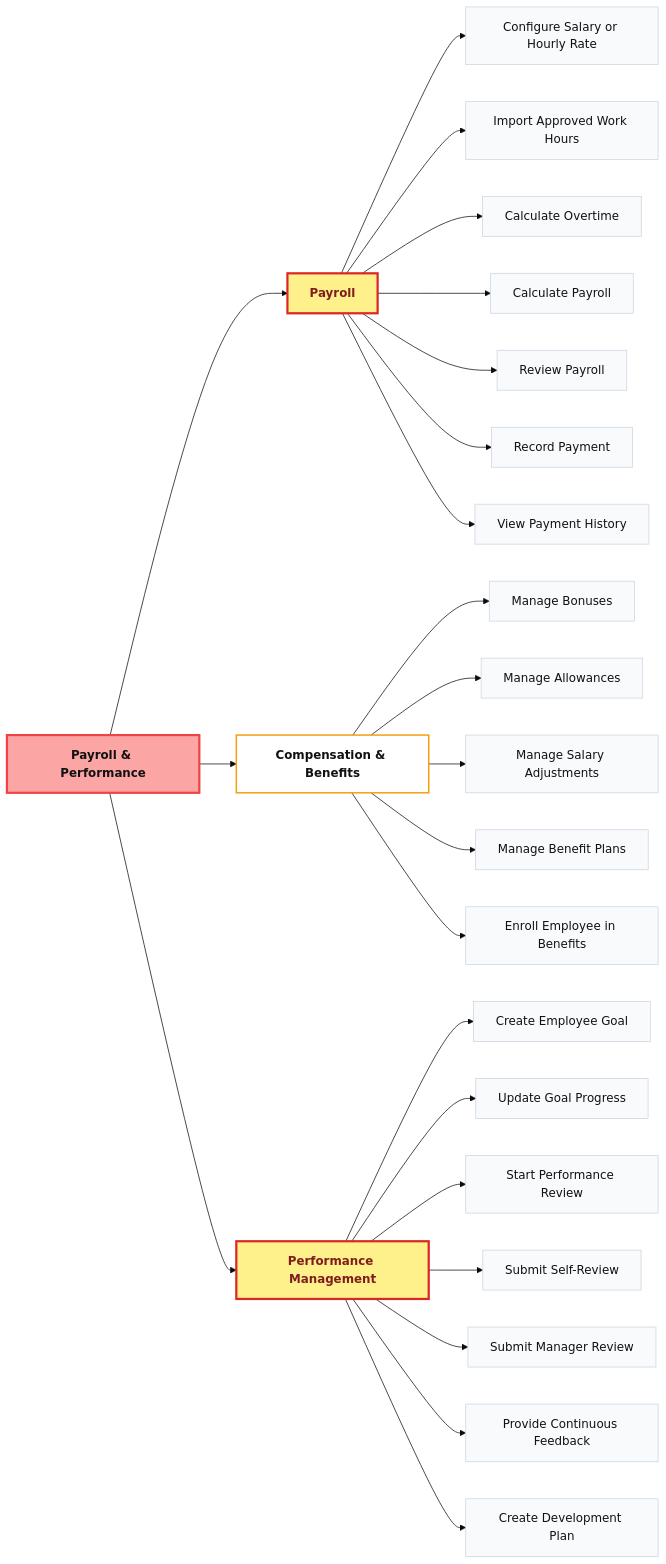
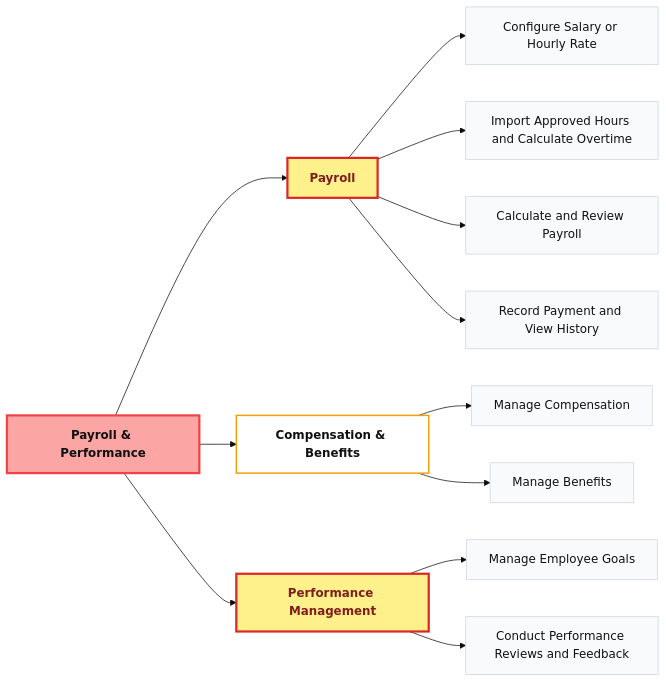
The ninth of 10 diagrams in README.md (Hagiakhanh/HR-Workforce-Management), drawn with Mermaid (base theme) before and after one commit. The commit also changed other lines of this file, not shown here.

Commit message:
list all usecase

````diff
--- a/README.md
+++ b/README.md
@@ -392,40 +332,29 @@
 ```mermaid
 flowchart LR
     classDef module fill:#fca5a5,stroke:#ef4444,stroke-width:3px,color:#111,font-weight:bold;
     classDef feature fill:#ffffff,stroke:#f59e0b,stroke-width:2px,color:#111,font-weight:bold;
     classDef important fill:#fef08a,stroke:#dc2626,stroke-width:3px,color:#7f1d1d,font-weight:bold;
     classDef usecase fill:#f8fafc,stroke:#cbd5e1,color:#111;
 
     PAYPERF["Payroll & Performance"]
 
     PAYPERF --> PAYROLL["Payroll"]
     PAYPERF --> COMPENSATION["Compensation & Benefits"]
     PAYPERF --> PERFORMANCE["Performance Management"]
 
     PAYROLL --> P1["Configure Salary or Hourly Rate"]
-    PAYROLL --> P2["Import Approved Work Hours"]
-    PAYROLL --> P3["Calculate Overtime"]
-    PAYROLL --> P4["Calculate Payroll"]
-    PAYROLL --> P5["Review Payroll"]
-    PAYROLL --> P6["Record Payment"]
-    PAYROLL --> P7["View Payment History"]
+    PAYROLL --> P2["Import Approved Hours and Calculate Overtime"]
+    PAYROLL --> P3["Calculate and Review Payroll"]
+    PAYROLL --> P4["Record Payment and View History"]
 
-    COMPENSATION --> C1["Manage Bonuses"]
-    COMPENSATION --> C2["Manage Allowances"]
-    COMPENSATION --> C3["Manage Salary Adjustments"]
-    COMPENSATION --> C4["Manage Benefit Plans"]
-    COMPENSATION --> C5["Enroll Employee in Benefits"]
+    COMPENSATION --> C1["Manage Compensation"]
+    COMPENSATION --> C2["Manage Benefits"]
 
-    PERFORMANCE --> F1["Create Employee Goal"]
-    PERFORMANCE --> F2["Update Goal Progress"]
-    PERFORMANCE --> F3["Start Performance Review"]
-    PERFORMANCE --> F4["Submit Self-Review"]
-    PERFORMANCE --> F5["Submit Manager Review"]
-    PERFORMANCE --> F6["Provide Continuous Feedback"]
-    PERFORMANCE --> F7["Create Development Plan"]
+    PERFORMANCE --> F1["Manage Employee Goals"]
+    PERFORMANCE --> F2["Conduct Performance Reviews and Feedback"]
 
     class PAYPERF module;
     class PAYROLL,COMPENSATION,PERFORMANCE feature;
     class PAYROLL,PERFORMANCE important;
-    class P1,P2,P3,P4,P5,P6,P7,C1,C2,C3,C4,C5,F1,F2,F3,F4,F5,F6,F7 usecase;
+    class P1,P2,P3,P4,C1,C2,F1,F2 usecase;
 ```
````
